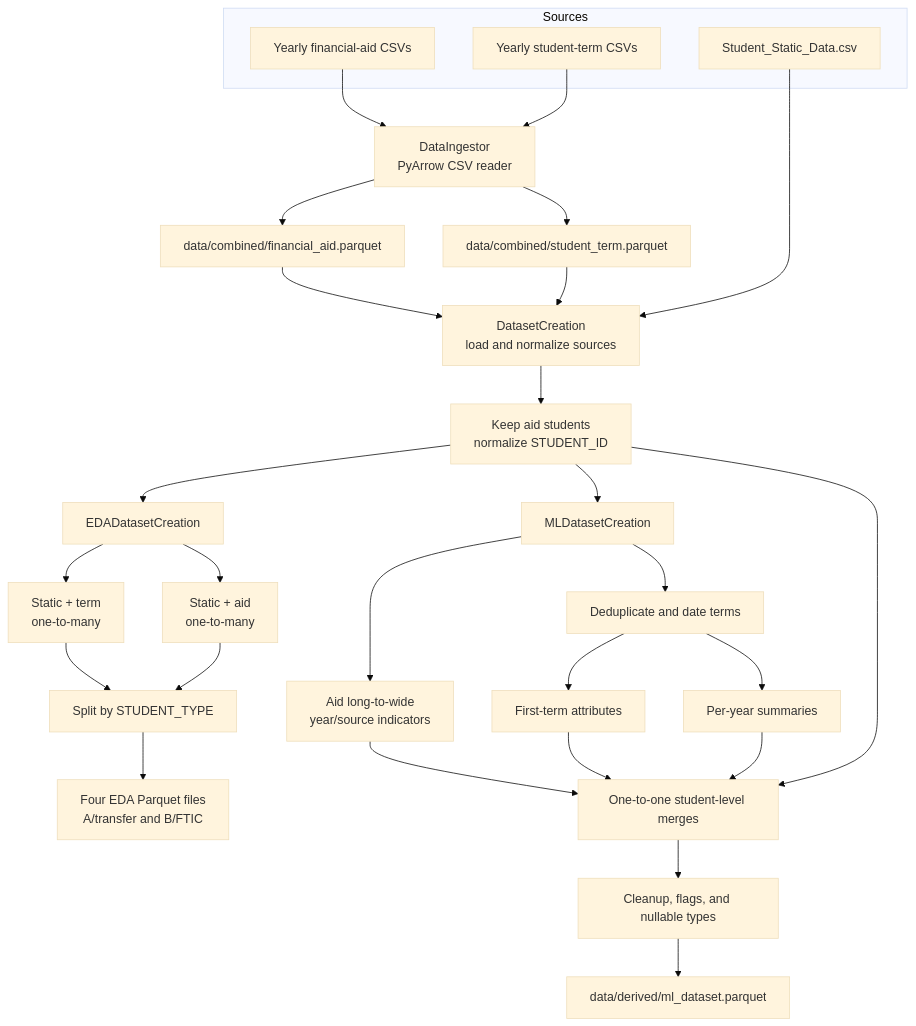
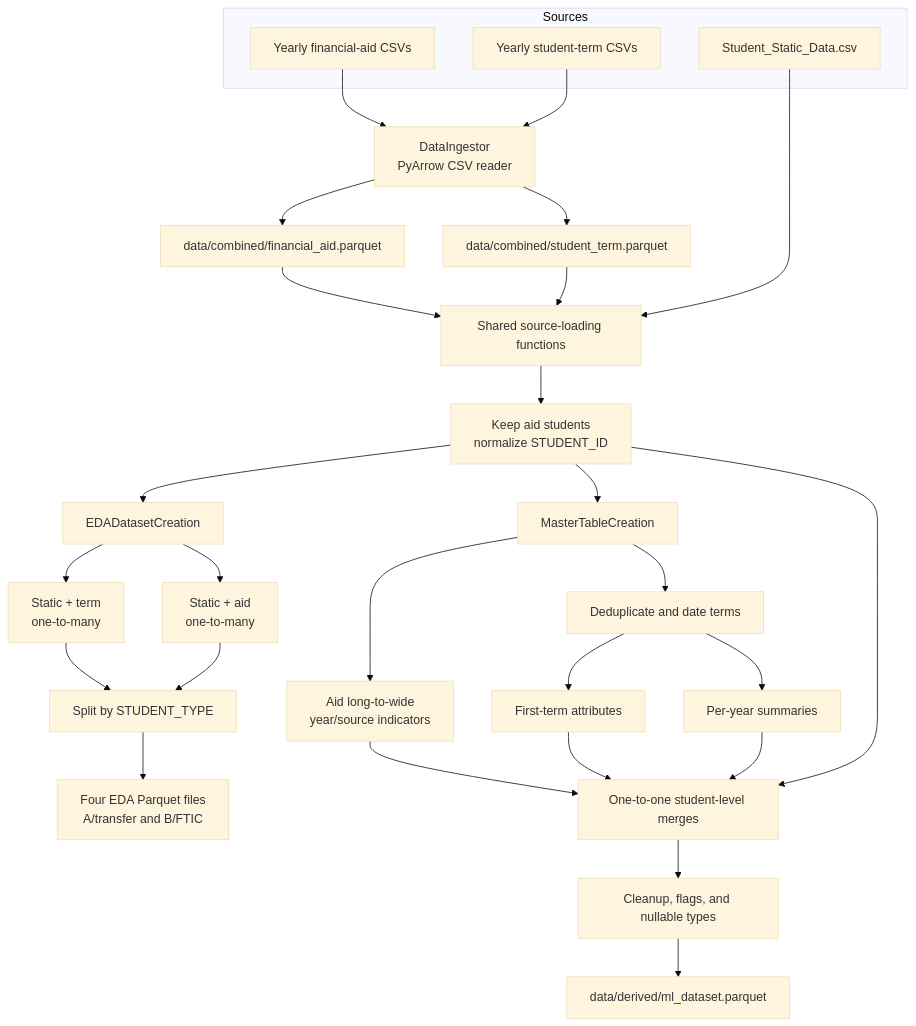
Before and after one commit to AlbertJojo2313/Senior_Design_Project: the diagram in Financial_Aid_Analysis_Project/docs/dataset_creation.md, drawn with Mermaid (base theme). The commit also changed other lines of this file, not shown here.

````diff
--- a/Financial_Aid_Analysis_Project/docs/dataset_creation.md
+++ b/Financial_Aid_Analysis_Project/docs/dataset_creation.md
@@ -22,37 +22,37 @@
 ```mermaid
 flowchart TD
     subgraph Sources
         AidCSV["Yearly financial-aid CSVs"]
         TermCSV["Yearly student-term CSVs"]
         StaticCSV["Student_Static_Data.csv"]
     end
 
     AidCSV --> Ingest["DataIngestor<br/>PyArrow CSV reader"]
     TermCSV --> Ingest
     Ingest --> CombinedAid["data/combined/financial_aid.parquet"]
     Ingest --> CombinedTerm["data/combined/student_term.parquet"]
 
-    CombinedAid --> Shared["DatasetCreation<br/>load and normalize sources"]
+    CombinedAid --> Shared["Shared source-loading functions"]
     CombinedTerm --> Shared
     StaticCSV --> Shared
     Shared --> students["Keep aid students<br/>normalize STUDENT_ID"]
 
     students --> EDA["EDADatasetCreation"]
     EDA --> EdaTerm["Static + term<br/>one-to-many"]
     EDA --> EdaAid["Static + aid<br/>one-to-many"]
     EdaTerm --> EdaSplit["Split by STUDENT_TYPE"]
     EdaAid --> EdaSplit
     EdaSplit --> EdaFiles["Four EDA Parquet files<br/>A/transfer and B/FTIC"]
 
-    students --> ML["MLDatasetCreation"]
+    students --> ML["MasterTableCreation"]
     ML --> AidWide["Aid long-to-wide<br/>year/source indicators"]
     ML --> TermClean["Deduplicate and date terms"]
     TermClean --> FirstTerm["First-term attributes"]
     TermClean --> YearSummary["Per-year summaries"]
     AidWide --> Master["One-to-one student-level merges"]
     FirstTerm --> Master
     YearSummary --> Master
     students --> Master
     Master --> Cleanup["Cleanup, flags, and nullable types"]
     Cleanup --> MLFile["data/derived/ml_dataset.parquet"]
 ```
````
